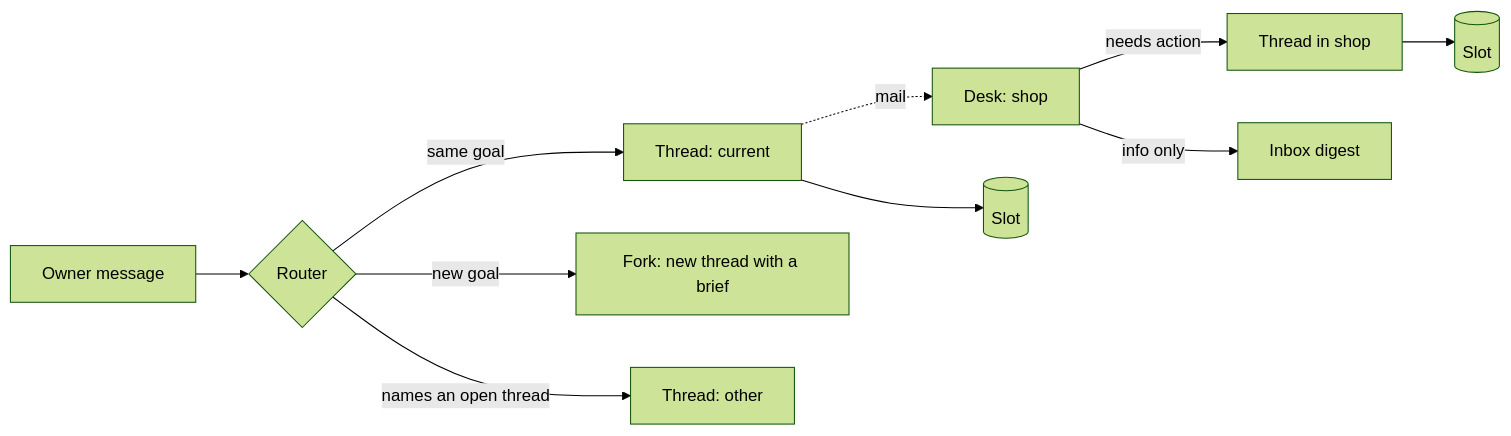
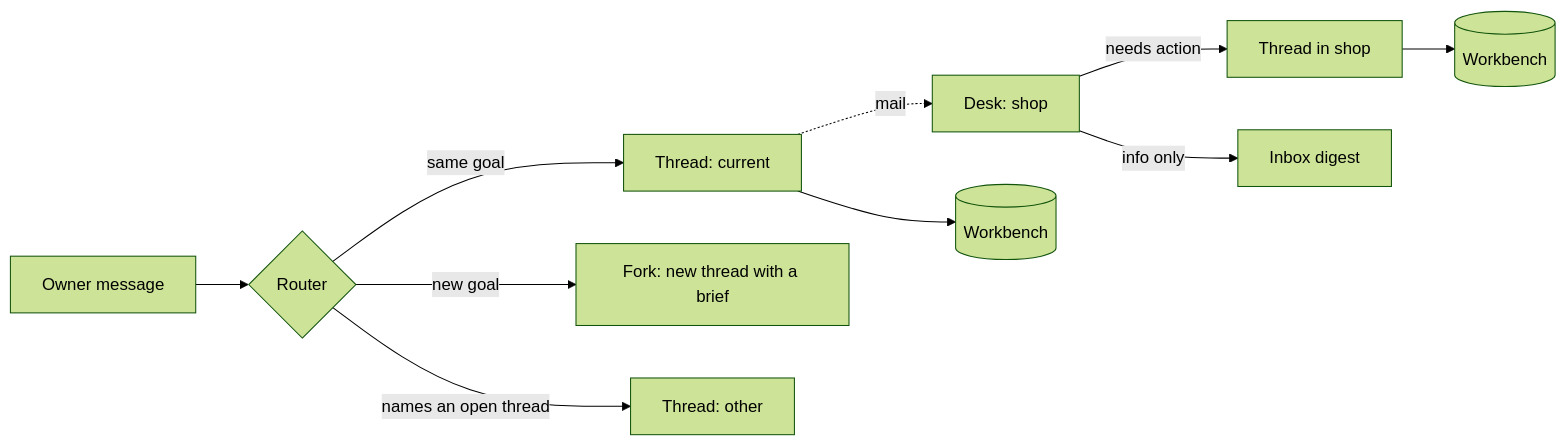
Before and after one commit to vlwkaos/wsx: the second of 5 diagrams in docs/design/orchestration.md, drawn with Mermaid (forest theme). The commit also changed other lines of this file and 36 other files, not shown here.

````diff
--- a/docs/design/orchestration.md
+++ b/docs/design/orchestration.md
@@ -102,12 +102,12 @@
 ```mermaid
 flowchart LR
   O[Owner message] --> R{Router}
   R -->|same goal| T1[Thread: current]
   R -->|new goal| F[Fork: new thread with a brief]
   R -->|names an open thread| T2[Thread: other]
   T1 -. mail .-> D2[Desk: shop]
   D2 -->|needs action| T3[Thread in shop]
   D2 -->|info only| I[Inbox digest]
-  T1 --> S[(Slot)]
-  T3 --> S2[(Slot)]
+  T1 --> S[(Workbench)]
+  T3 --> S2[(Workbench)]
 ```
````
